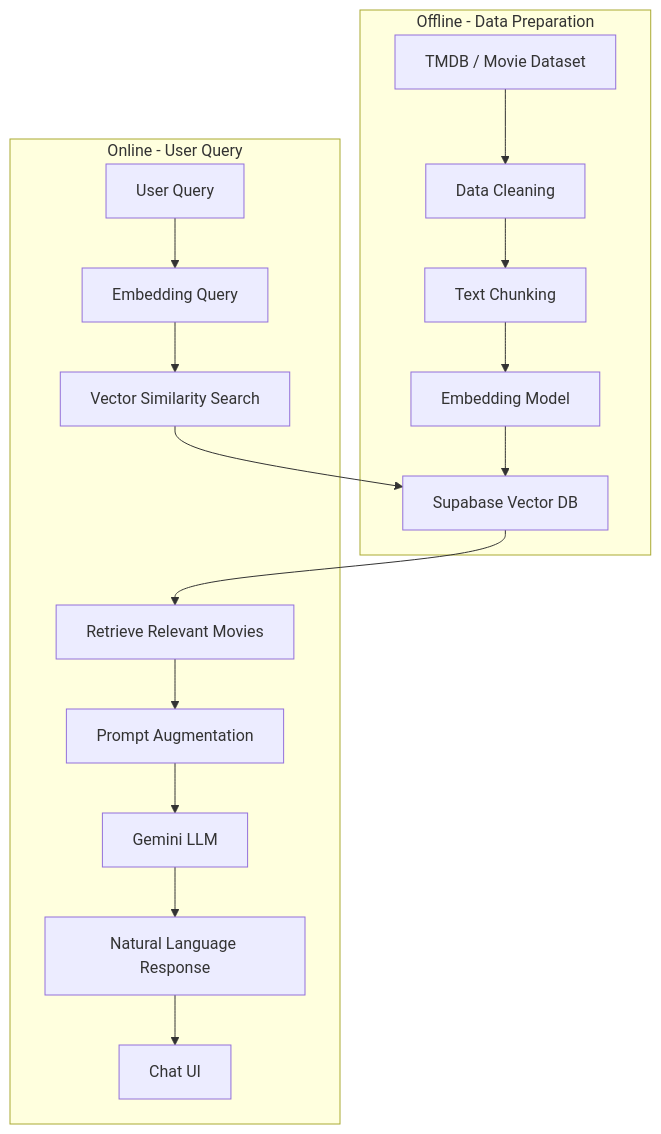
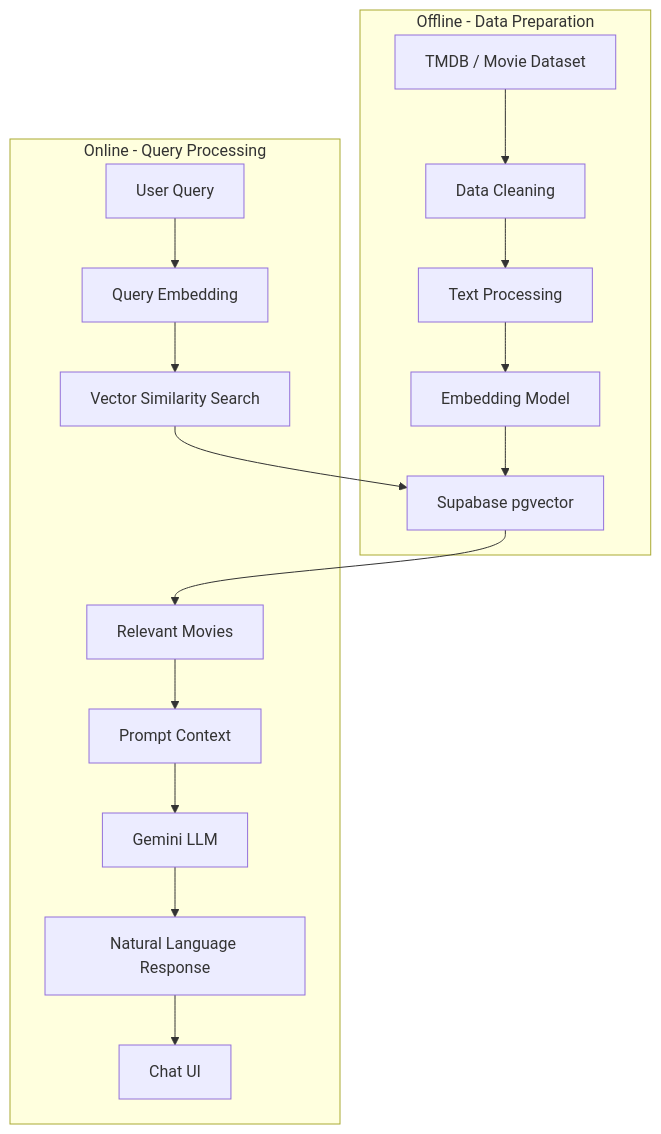
Before and after one commit to SonCryptoz/ai-movie-chatbot: the diagram in README.md, drawn with Mermaid. The commit also changed other lines of this file, not shown here.

````diff
--- a/README.md
+++ b/README.md
@@ -34,20 +61,35 @@
 ```mermaid
 graph TD
-    subgraph Offline_Process[Offline - Data Preparation]
-        M[TMDB / Movie Dataset] --> N[Data Cleaning]
-        N --> O[Text Chunking]
-        O --> P[Embedding Model]
-        P --> Q[Supabase Vector DB]
+    subgraph Offline["Offline - Data Preparation"]
+        A[TMDB / Movie Dataset]
+        B[Data Cleaning]
+        C[Text Processing]
+        D[Embedding Model]
+        E[Supabase pgvector]
+
+        A --> B
+        B --> C
+        C --> D
+        D --> E
     end
 
-    subgraph Online_Process[Online - User Query]
-        A[User Query] --> B[Embedding Query]
-        B --> C[Vector Similarity Search]
-        C --> Q
-        Q --> D[Retrieve Relevant Movies]
-        D --> E[Prompt Augmentation]
-        E --> F[Gemini LLM]
-        F --> G[Natural Language Response]
-        G --> H[Chat UI]
+    subgraph Online["Online - Query Processing"]
+        F[User Query]
+        G[Query Embedding]
+        H[Vector Similarity Search]
+        I[Relevant Movies]
+        J[Prompt Context]
+        K[Gemini LLM]
+        L[Natural Language Response]
+        M[Chat UI]
+
+        F --> G
+        G --> H
+        H --> E
+        E --> I
+        I --> J
+        J --> K
+        K --> L
+        L --> M
     end
 ```
````
